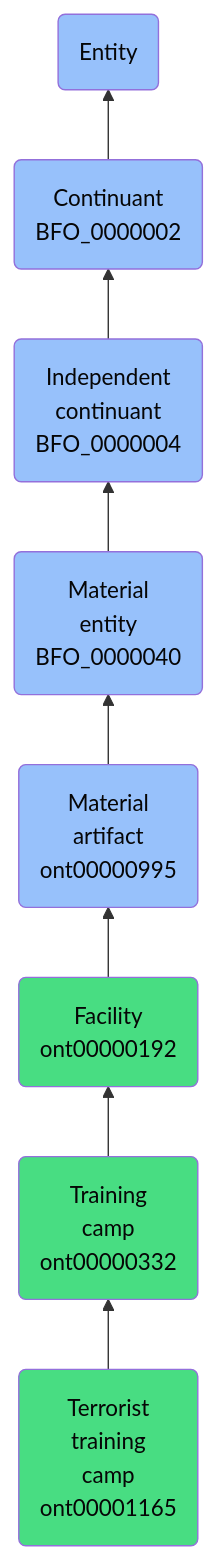
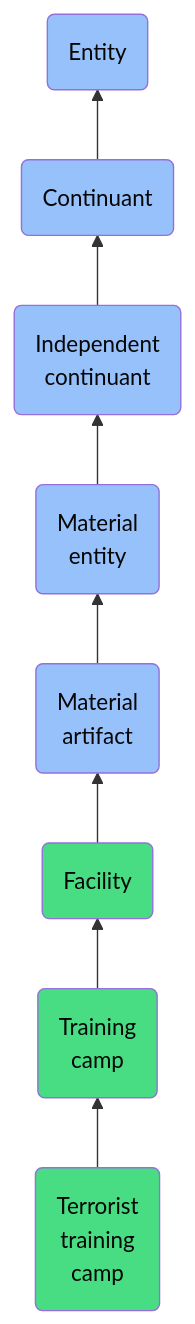
One commit to jupyter-naas/abi changed the diagram in docs/ontology/reference/model/Entity/Continuant/Independent continuant/Material entity/Material artifact/Facility/Training camp/Terrorist training camp/Terrorist training camp.md. Above: the diagram before and after it, drawn with Mermaid. The commit also changed other lines of this file and 1430 other files, not shown here.

````diff
--- a/docs/ontology/reference/model/Entity/Continuant/Independent continuant/Material entity/Material artifact/Facility/Training camp/Terrorist training camp/Terrorist training camp.md
+++ b/docs/ontology/reference/model/Entity/Continuant/Independent continuant/Material entity/Material artifact/Facility/Training camp/Terrorist training camp/Terrorist training camp.md
@@ -24,15 +24,15 @@
 ```mermaid
 graph BT
-    ont00001165(Terrorist<br>training<br>camp<br>ont00001165):::ABI-->ont00000332
-    ont00000332(Training<br>camp<br>ont00000332):::ABI-->ont00000192
-    ont00000192(Facility<br>ont00000192):::ABI-->ont00000995
-    ont00000995(Material<br>artifact<br>ont00000995):::BFO-->BFO_0000040
-    BFO_0000040(Material<br>entity<br>BFO_0000040):::BFO-->BFO_0000004
-    BFO_0000004(Independent<br>continuant<br>BFO_0000004):::BFO-->BFO_0000002
-    BFO_0000002(Continuant<br>BFO_0000002):::BFO-->BFO_0000001
+    ont00001165(Terrorist<br>training<br>camp):::ABI-->ont00000332
+    ont00000332(Training<br>camp):::ABI-->ont00000192
+    ont00000192(Facility):::ABI-->ont00000995
+    ont00000995(Material<br>artifact):::BFO-->BFO_0000040
+    BFO_0000040(Material<br>entity):::BFO-->BFO_0000004
+    BFO_0000004(Independent<br>continuant):::BFO-->BFO_0000002
+    BFO_0000002(Continuant):::BFO-->BFO_0000001
     BFO_0000001(Entity):::BFO
     
     classDef BFO fill:#97c1fb,color:#060606
     classDef CCO fill:#e4c51e,color:#060606
     classDef ABI fill:#48DD82,color:#060606
 ```
````
